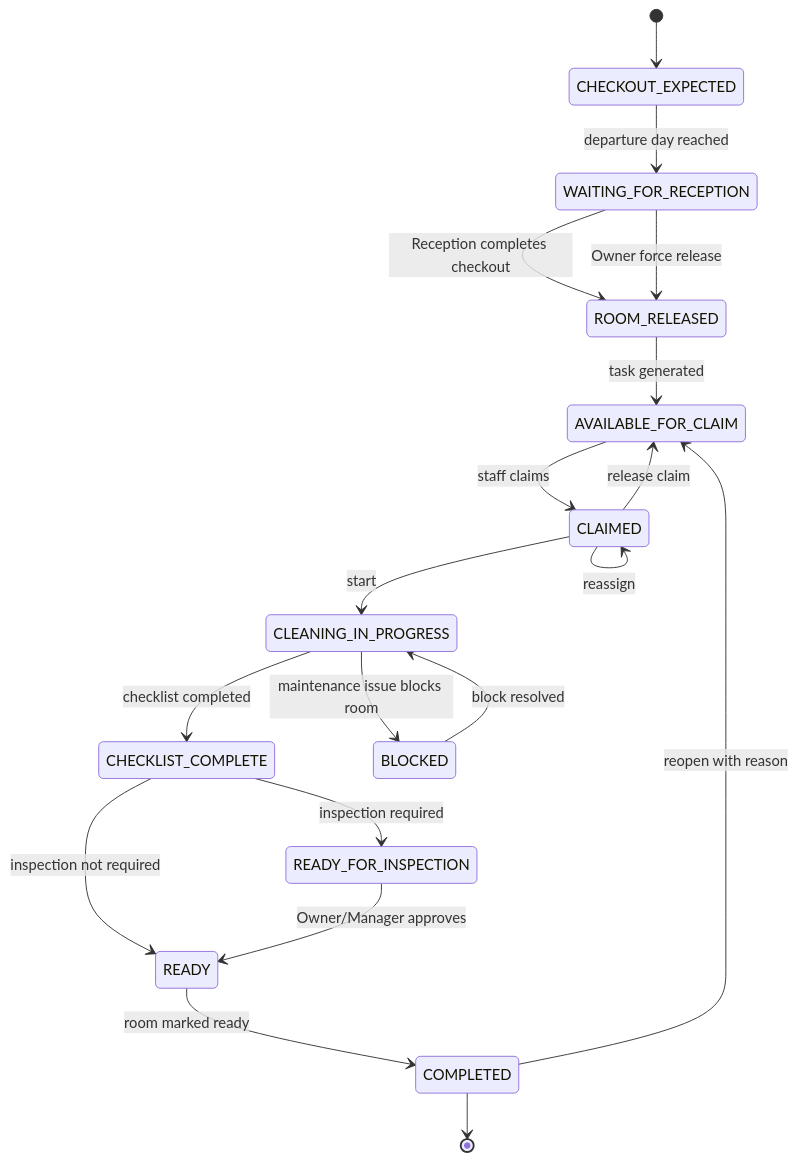
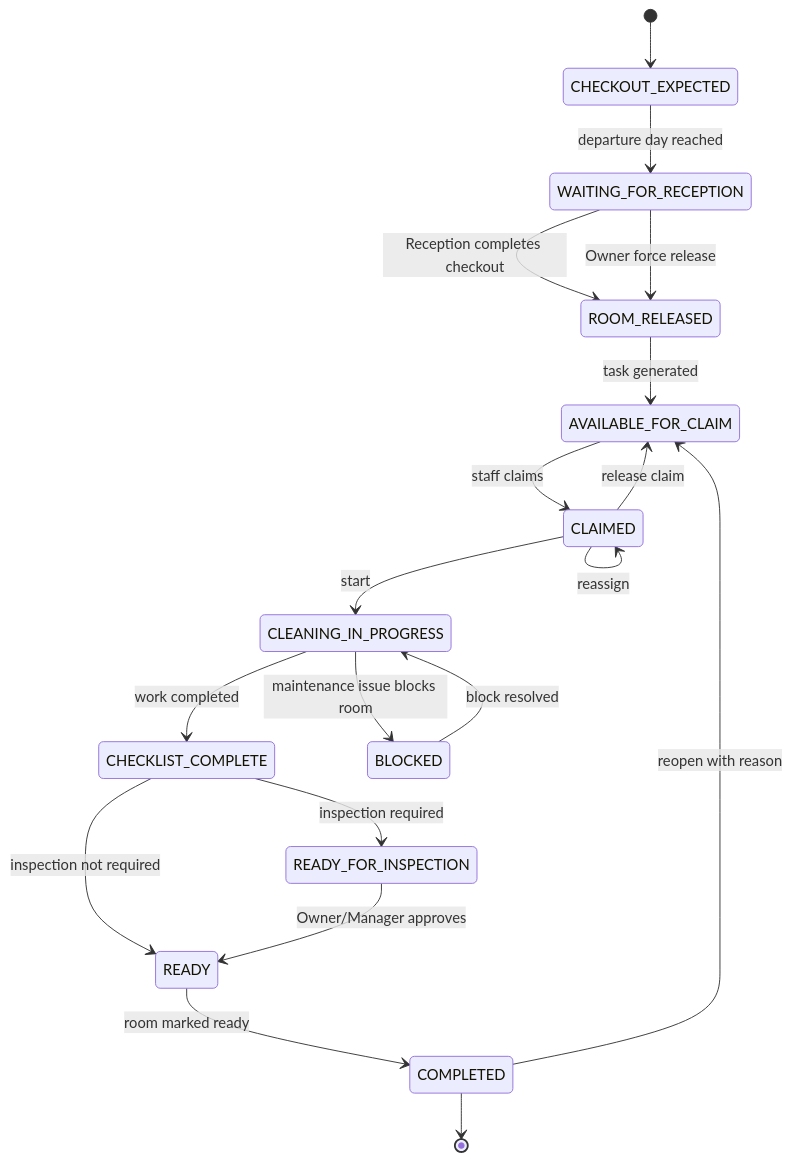
Before and after one commit to vanaraadmin/vanara-central: the first of 7 diagrams in documentation/architecture/HOUSEKEEPING_ARCHITECTURE.md, drawn with Mermaid. The commit also changed other lines of this file and 31 other files, not shown here.

````diff
--- a/documentation/architecture/HOUSEKEEPING_ARCHITECTURE.md
+++ b/documentation/architecture/HOUSEKEEPING_ARCHITECTURE.md
@@ -419,21 +384,21 @@
 ```mermaid
 stateDiagram-v2
     [*] --> CHECKOUT_EXPECTED
     CHECKOUT_EXPECTED --> WAITING_FOR_RECEPTION: departure day reached
     WAITING_FOR_RECEPTION --> ROOM_RELEASED: Reception completes checkout
     WAITING_FOR_RECEPTION --> ROOM_RELEASED: Owner force release
     ROOM_RELEASED --> AVAILABLE_FOR_CLAIM: task generated
     AVAILABLE_FOR_CLAIM --> CLAIMED: staff claims
     CLAIMED --> CLEANING_IN_PROGRESS: start
-    CLEANING_IN_PROGRESS --> CHECKLIST_COMPLETE: checklist completed
+    CLEANING_IN_PROGRESS --> CHECKLIST_COMPLETE: work completed
     CHECKLIST_COMPLETE --> READY_FOR_INSPECTION: inspection required
     CHECKLIST_COMPLETE --> READY: inspection not required
     READY_FOR_INSPECTION --> READY: Owner/Manager approves
     READY --> COMPLETED: room marked ready
     COMPLETED --> [*]
     CLEANING_IN_PROGRESS --> BLOCKED: maintenance issue blocks room
     BLOCKED --> CLEANING_IN_PROGRESS: block resolved
     CLAIMED --> AVAILABLE_FOR_CLAIM: release claim
     CLAIMED --> CLAIMED: reassign
     COMPLETED --> AVAILABLE_FOR_CLAIM: reopen with reason
 ```
````
